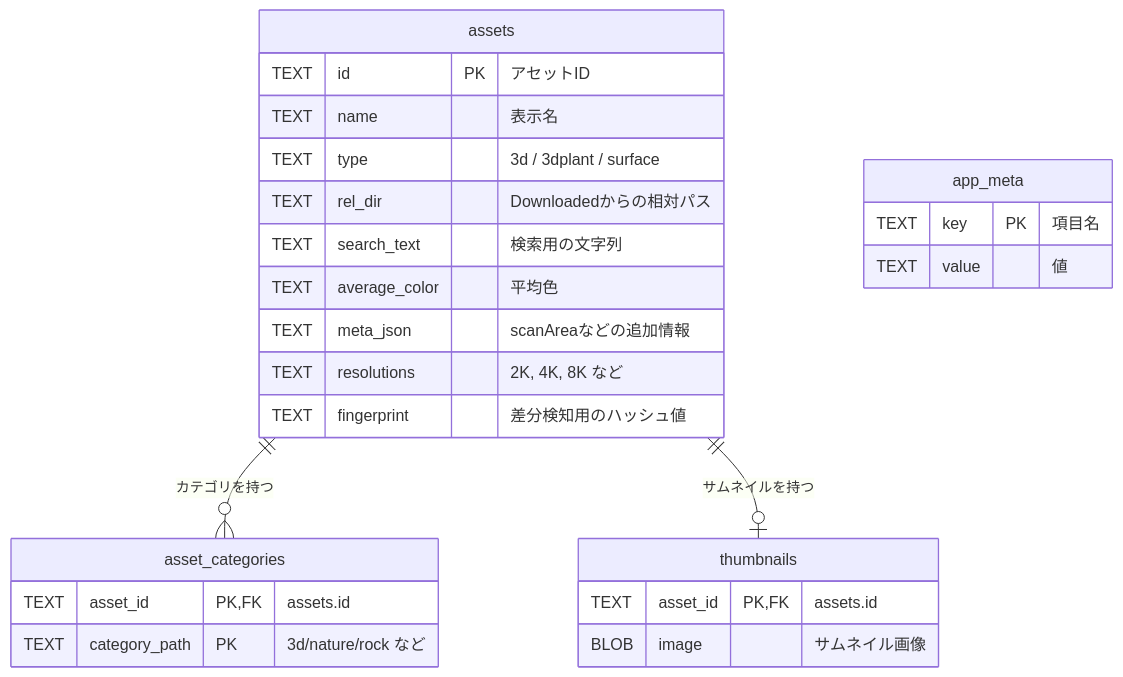
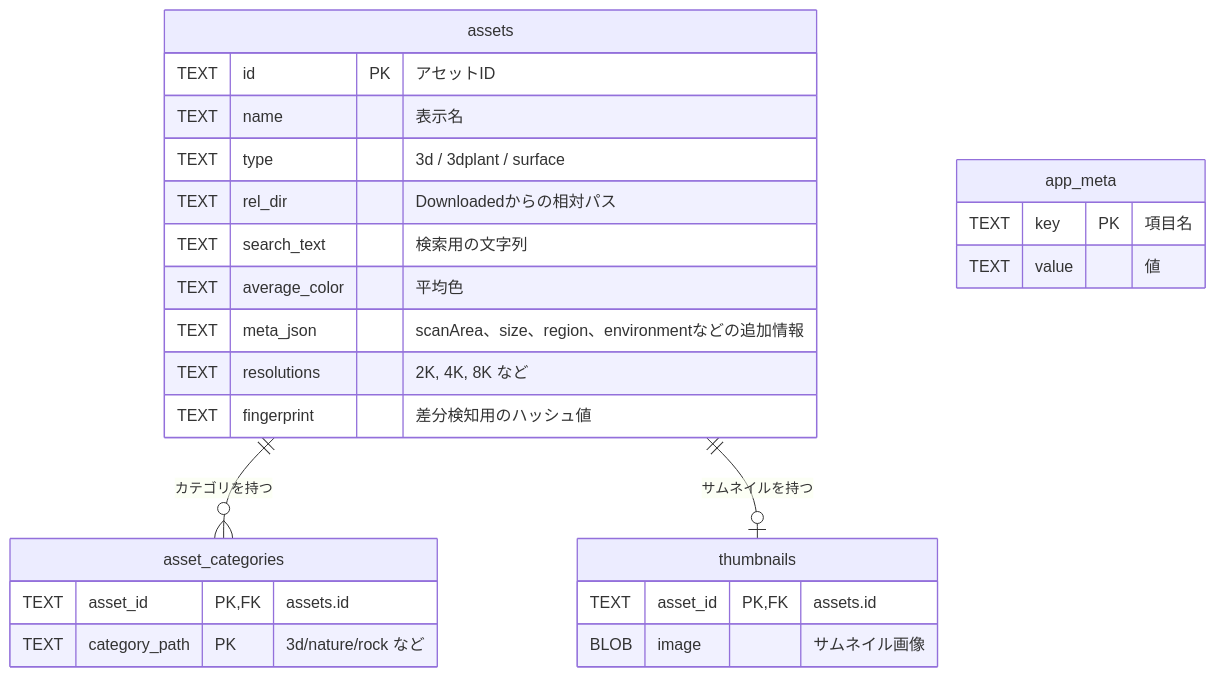
Before and after one commit to 9ra369/desktop-megascans-browser: the third of 3 diagrams in docs/design.md, drawn with Mermaid. The commit also changed other lines of this file and 5 other files, not shown here.

````diff
--- a/docs/design.md
+++ b/docs/design.md
@@ -203,32 +219,32 @@
 ```mermaid
 erDiagram
     assets ||--o{ asset_categories : "カテゴリを持つ"
     assets ||--o| thumbnails : "サムネイルを持つ"
 
     assets {
         TEXT id PK "アセットID"
         TEXT name "表示名"
         TEXT type "3d / 3dplant / surface"
         TEXT rel_dir "Downloadedからの相対パス"
         TEXT search_text "検索用の文字列"
         TEXT average_color "平均色"
-        TEXT meta_json "scanAreaなどの追加情報"
+        TEXT meta_json "scanArea、size、region、environmentなどの追加情報"
         TEXT resolutions "2K, 4K, 8K など"
         TEXT fingerprint "差分検知用のハッシュ値"
     }
 
     asset_categories {
         TEXT asset_id PK, FK "assets.id"
         TEXT category_path PK "3d/nature/rock など"
     }
 
     thumbnails {
         TEXT asset_id PK, FK "assets.id"
         BLOB image "サムネイル画像"
     }
 
     app_meta {
         TEXT key PK "項目名"
         TEXT value "値"
     }
 ```
````
